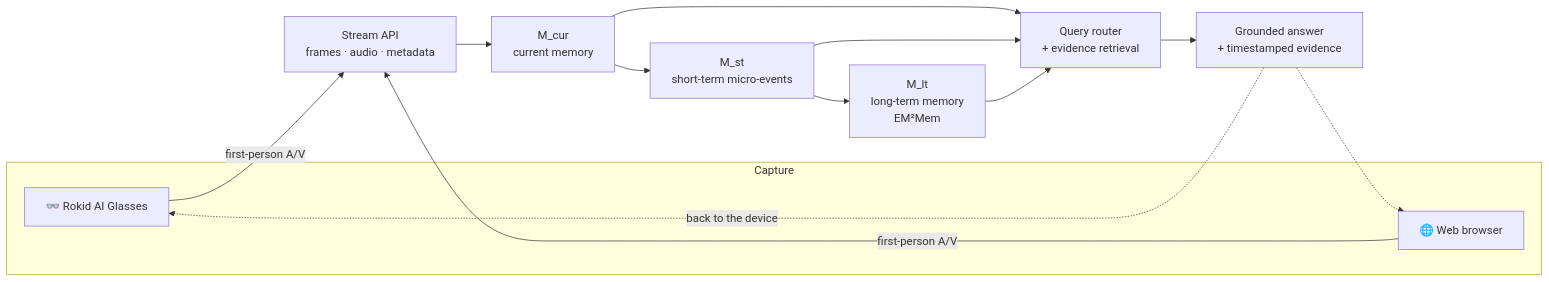
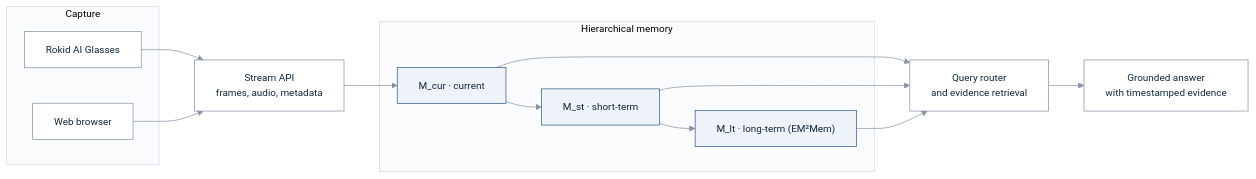
Before and after one commit to birhantprkc/LightMem-Ego: the first of 2 diagrams in README.md, drawn with Mermaid. The commit also changed other lines of this file and 2 other files, not shown here.

Commit message:
docs: drop the contributors section and restyle figures academically
- Remove the Contributors section and its table-of-contents entry.
- Mermaid: drop emoji, add base-theme variables (Arial/Helvetica, muted
  connectors) and classDef styling so the memory tiers read as light blue
  cards with navy borders on white.
- Charts: rebuild in paper-figure style. Single accent hue (navy/steel on
  light grey), Arial-metric type, direct value labels, (a)/(b) panel tags,
  hairline spines. The speed-up is now measured by a double-headed arrow
  spanning the two bar ends instead of a floating caption.

````diff
--- a/README.md
+++ b/README.md
@@ -276,24 +275,33 @@
 ```mermaid
+%%{init: {"theme":"base","themeVariables":{"fontFamily":"Helvetica, Arial, sans-serif","fontSize":"14px","lineColor":"#8593A5","primaryColor":"#FFFFFF","primaryTextColor":"#12283F","primaryBorderColor":"#8593A5","clusterBkg":"#FAFBFD","clusterBorder":"#D3DAE3"}}}%%
 flowchart LR
     subgraph capture["Capture"]
-        G["👓 Rokid AI Glasses"]
-        W["🌐 Web browser"]
+        G["Rokid AI Glasses"]
+        W["Web browser"]
     end
 
-    API["Stream API<br/>frames · audio · metadata"]
-    MCUR["M_cur<br/>current memory"]
-    MST["M_st<br/>short-term micro-events"]
-    MLT["M_lt<br/>long-term memory<br/>EM²Mem"]
-    RET["Query router<br/>+ evidence retrieval"]
-    ANS["Grounded answer<br/>+ timestamped evidence"]
+    subgraph tiers["Hierarchical memory"]
+        MCUR["M_cur · current"]
+        MST["M_st · short-term"]
+        MLT["M_lt · long-term (EM²Mem)"]
+    end
 
-    G -->|"first-person A/V"| API
-    W -->|"first-person A/V"| API
-    API --> MCUR --> MST --> MLT
+    API["Stream API<br/>frames, audio, metadata"]
+    RET["Query router<br/>and evidence retrieval"]
+    ANS["Grounded answer<br/>with timestamped evidence"]
+
+    G --> API
+    W --> API
+    API --> MCUR
+    MCUR --> MST
+    MST --> MLT
     MCUR --> RET
     MST --> RET
     MLT --> RET
     RET --> ANS
-    ANS -.->|"back to the device"| G
-    ANS -.-> W
+
+    classDef tier fill:#EEF3F9,stroke:#2C5C8A,stroke-width:1px,color:#12283F
+    classDef plain fill:#FFFFFF,stroke:#8593A5,stroke-width:1px,color:#12283F
+    class MCUR,MST,MLT tier
+    class API,RET,ANS plain
 ```
````
